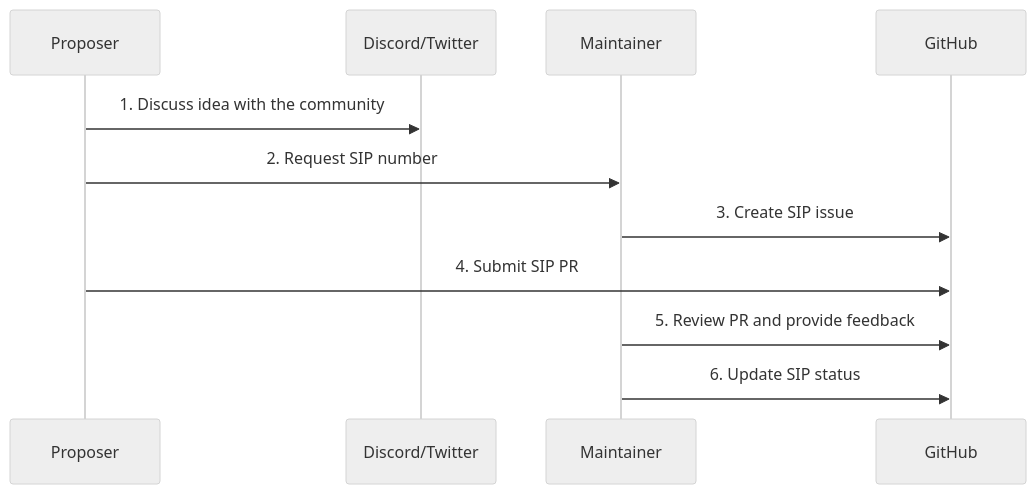
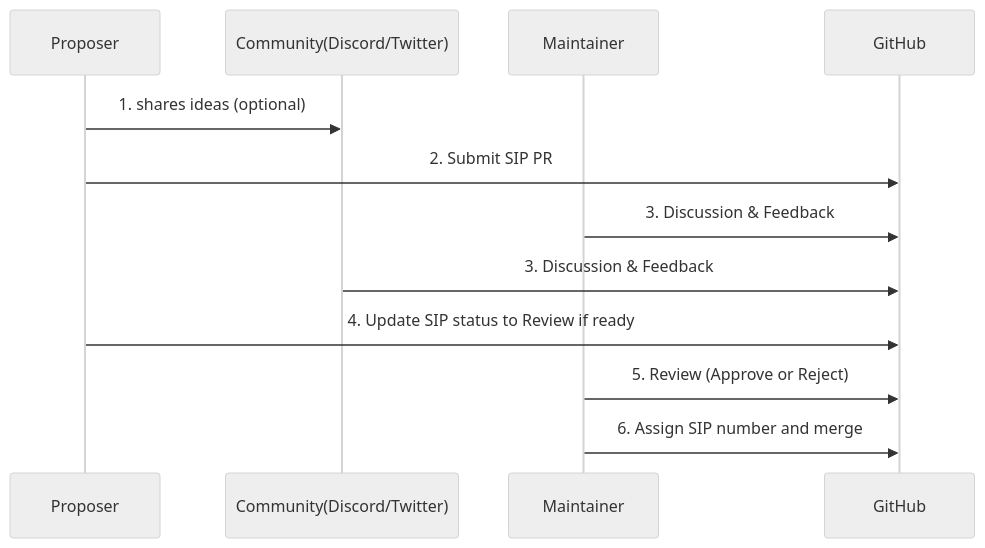
The first of 2 diagrams in SIPs/sip-1.md (symbol/symbol), drawn with Mermaid (neutral theme) before and after one commit. The commit also changed other lines of this file, not shown here.

Commit message:
[sips] fix: update the workflow

````diff
--- a/SIPs/sip-1.md
+++ b/SIPs/sip-1.md
@@ -37,14 +37,16 @@
 ```mermaid
 sequenceDiagram
 participant Proposer
-participant Discord/Twitter
+participant Community(Discord/Twitter)
 participant Maintainer
 participant GitHub
 
-Proposer->>Discord/Twitter: 1. Discuss idea with the community
-Proposer->>Maintainer: 2. Request SIP number
-Maintainer->>GitHub: 3. Create SIP issue
-Proposer->>GitHub: 4. Submit SIP PR
-Maintainer->>GitHub: 5. Review PR and provide feedback
-Maintainer->>GitHub: 6. Update SIP status
+Proposer->>Community(Discord/Twitter): 1. shares ideas (optional)
+Proposer->>GitHub: 2. Submit SIP PR
+Maintainer->>GitHub: 3. Discussion & Feedback
+Community(Discord/Twitter)->>GitHub: 3. Discussion & Feedback
+
+Proposer->>GitHub: 4. Update SIP status to Review if ready
+Maintainer->>GitHub: 5. Review (Approve or Reject)
+Maintainer->>GitHub: 6. Assign SIP number and merge
 ```
````
